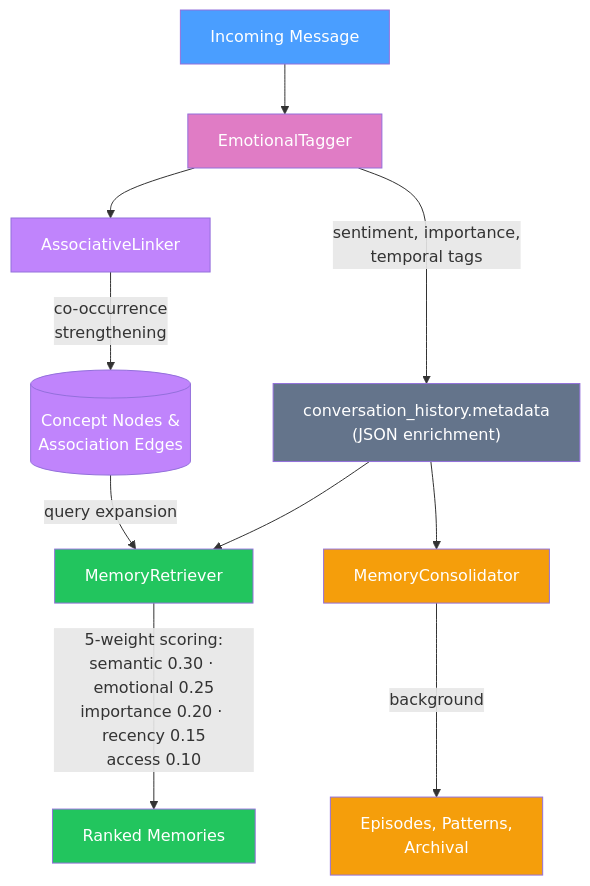
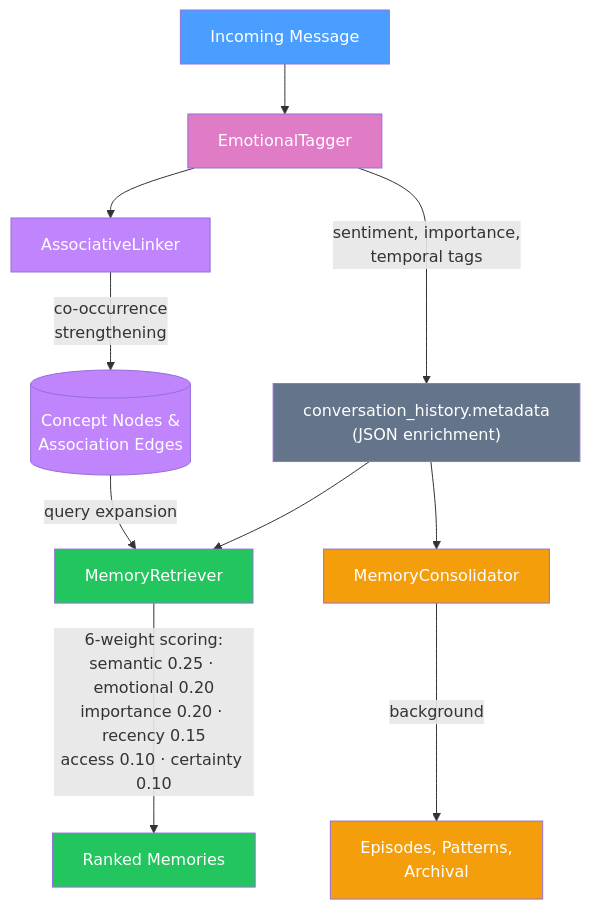
One commit to KestrelSovereignAI/kestrel-sovereign changed the diagram in docs/architecture/MEMORY_SYSTEM.md. Above: the diagram before and after it, drawn with Mermaid. The commit also changed other lines of this file and 9 other files, not shown here.

````diff
--- a/docs/architecture/MEMORY_SYSTEM.md
+++ b/docs/architecture/MEMORY_SYSTEM.md
@@ -86,27 +96,27 @@
 ```mermaid
 flowchart TD
     MSG["Incoming Message"] --> ET["EmotionalTagger"]
 
     ET -->|"sentiment, importance,<br/>temporal tags"| MD["conversation_history.metadata<br/>(JSON enrichment)"]
     ET --> AL["AssociativeLinker"]
 
     AL -->|"co-occurrence<br/>strengthening"| KG[("Concept Nodes &<br/>Association Edges")]
 
     MD --> MR["MemoryRetriever"]
     KG -->|"query expansion"| MR
 
-    MR -->|"5-weight scoring:<br/>semantic 0.30 · emotional 0.25<br/>importance 0.20 · recency 0.15<br/>access 0.10"| RESULTS["Ranked Memories"]
+    MR -->|"6-weight scoring:<br/>semantic 0.25 · emotional 0.20<br/>importance 0.20 · recency 0.15<br/>access 0.10 · certainty 0.10"| RESULTS["Ranked Memories"]
 
     MD --> MC["MemoryConsolidator"]
     MC -->|"background"| EP["Episodes, Patterns,<br/>Archival"]
 
     style MSG fill:#4a9eff,color:#fff
     style ET fill:#e07cc5,color:#fff
     style AL fill:#c084fc,color:#fff
     style KG fill:#c084fc,color:#fff
     style MD fill:#64748b,color:#fff
     style MR fill:#22c55e,color:#fff
     style RESULTS fill:#22c55e,color:#fff
     style MC fill:#f59e0b,color:#fff
     style EP fill:#f59e0b,color:#fff
 ```
````
